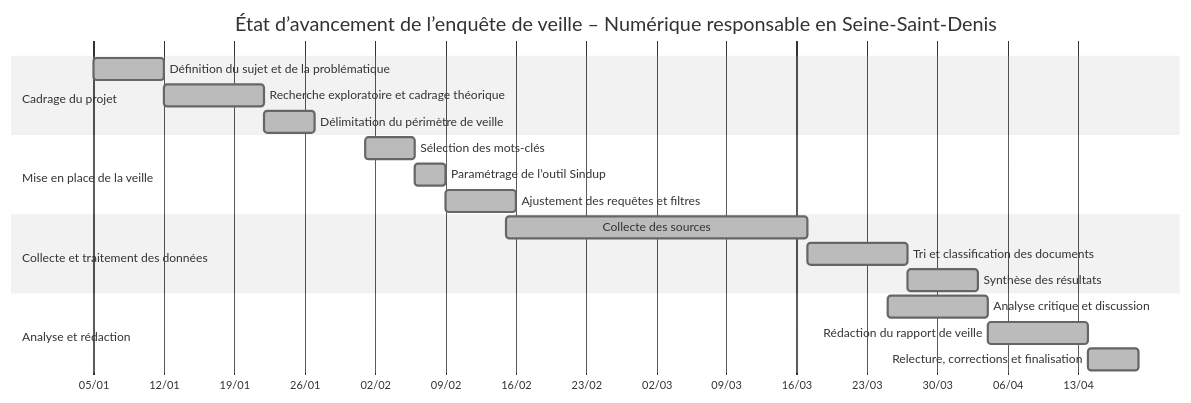
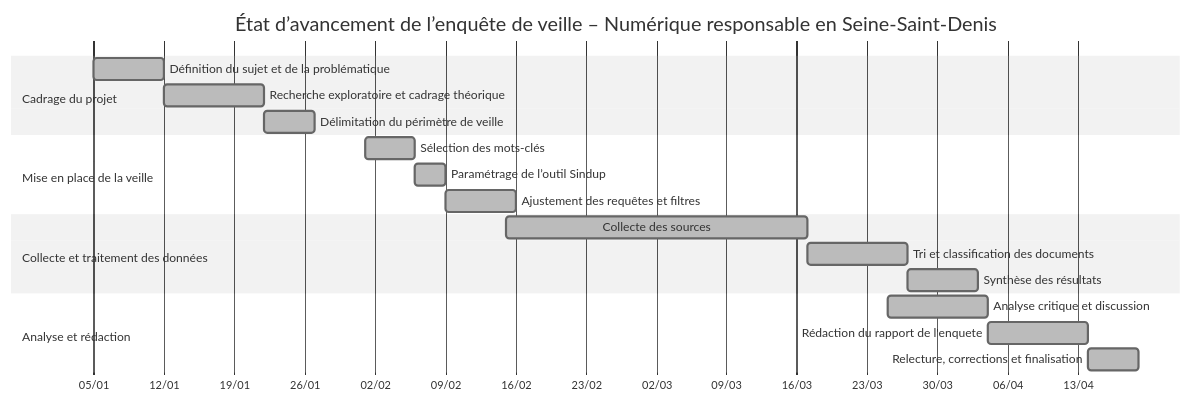
One commit to marcneysie-lang/Numerique-et-ecologie-urbaine- changed the diagram in etatAvancement.md. Above: the diagram before and after it, drawn with Mermaid (neutral theme).

````diff
--- a/etatAvancement.md
+++ b/etatAvancement.md
@@ -1,27 +1,27 @@
 ```mermaid
 gantt
     title État d’avancement de l’enquête de veille – Numérique responsable en Seine-Saint-Denis
     dateFormat YYYY-MM-DD
     axisFormat %d/%m
 
     section Cadrage du projet
     Définition du sujet et de la problématique      :done,    t1, 2025-01-05, 7d
     Recherche exploratoire et cadrage théorique    :done,    t2, after t1, 10d
     Délimitation du périmètre de veille            :done,    t3, after t2, 5d
 
     section Mise en place de la veille
     Sélection des mots-clés                        :done,    t4, 2025-02-01, 5d
     Paramétrage de l’outil Sindup                  :done,    t5, after t4, 3d
     Ajustement des requêtes et filtres             :done,    t6, after t5, 7d
 
     section Collecte et traitement des données
     Collecte des sources                           :done,    t7, 2025-02-15, 30d
     Tri et classification des documents            :done,    t8, after t7, 10d
     Synthèse des résultats                         :done,    t9, after t8, 7d
 
     section Analyse et rédaction
     Analyse critique et discussion                 :done,    t10, 2025-03-25, 10d
-    Rédaction du rapport de veille                 :done,    t11, after t10, 10d
+    Rédaction du rapport de l'enquete                 :done,    t11, after t10, 10d
     Relecture, corrections et finalisation         :done,    t12, after t11, 5d
 
 ```
````
